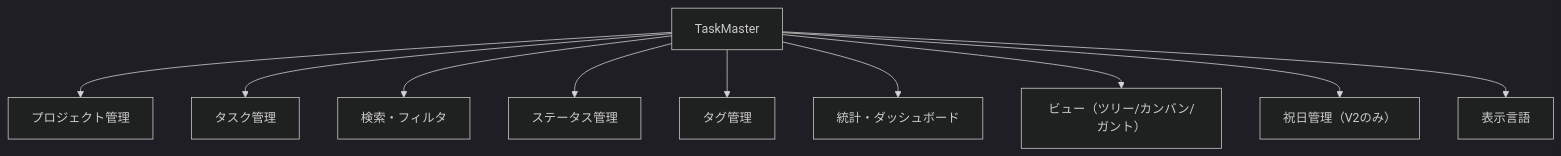
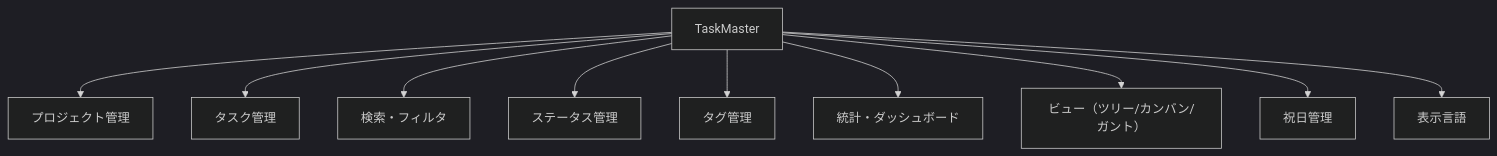
One commit to ai-natsu/task-master changed the second of 4 diagrams in docs/BASIC_DESIGN.md. Above: the diagram before and after it, drawn with Mermaid (dark theme). The commit also changed other lines of this file and 1 other file, not shown here.

````diff
--- a/docs/BASIC_DESIGN.md
+++ b/docs/BASIC_DESIGN.md
@@ -91,12 +92,12 @@
 ```mermaid
 flowchart TD
   ROOT[TaskMaster] --> F1[プロジェクト管理]
   ROOT --> F2[タスク管理]
   ROOT --> F3[検索・フィルタ]
   ROOT --> F4[ステータス管理]
   ROOT --> F5[タグ管理]
   ROOT --> F6[統計・ダッシュボード]
   ROOT --> F7[ビュー（ツリー/カンバン/ガント）]
-  ROOT --> F8[祝日管理（V2のみ）]
+  ROOT --> F8[祝日管理]
   ROOT --> F9[表示言語]
 ```
````
